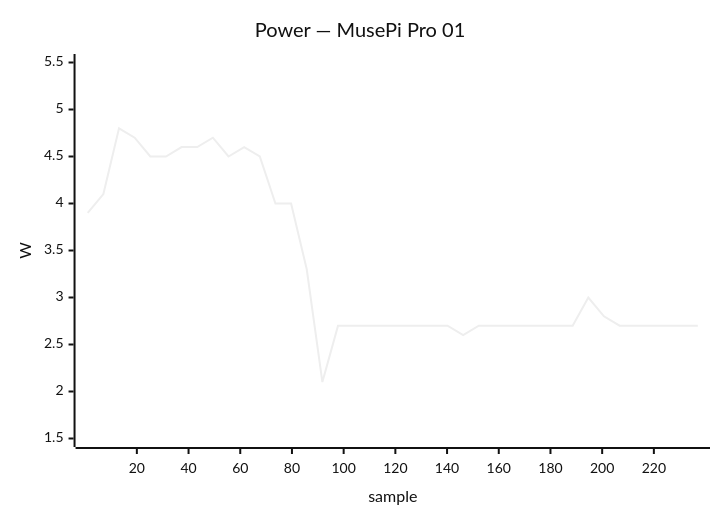
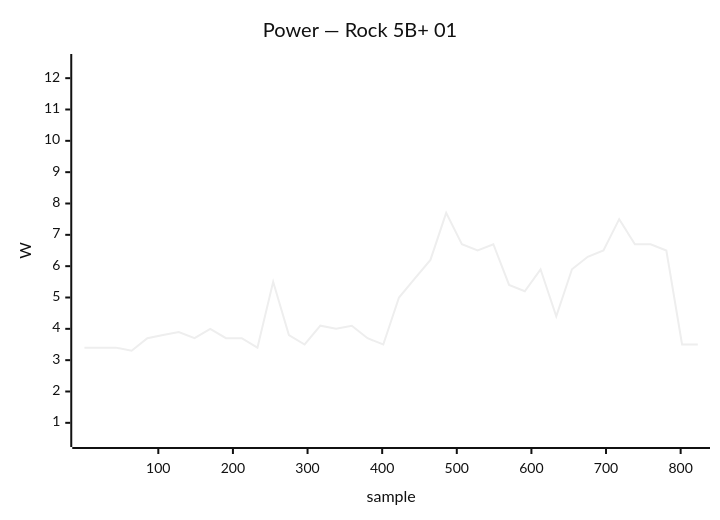
The sixth of 50 diagrams in docs/status/board-tests.md (armbian/documentation), drawn with Mermaid (neutral theme) before and after one commit. The commit also changed other lines of this file, not shown here.

````diff
--- a/docs/status/board-tests.md
+++ b/docs/status/board-tests.md
@@ -102,7 +322,7 @@
 ```mermaid
 xychart-beta
-    title "Power — MusePi Pro 01"
-    x-axis "sample" 1 --> 237
-    y-axis "W" 1.5 --> 5.5
-    line [3.9, 4.1, 4.8, 4.7, 4.5, 4.5, 4.6, 4.6, 4.7, 4.5, 4.6, 4.5, 4.0, 4.0, 3.3, 2.1, 2.7, 2.7, 2.7, 2.7, 2.7, 2.7, 2.7, 2.7, 2.6, 2.7, 2.7, 2.7, 2.7, 2.7, 2.7, 2.7, 3.0, 2.8, 2.7, 2.7, 2.7, 2.7, 2.7, 2.7]
+    title "Power — Rock 5B+ 01"
+    x-axis "sample" 1 --> 823
+    y-axis "W" 0.5 --> 12.5
+    line [3.4, 3.4, 3.4, 3.3, 3.7, 3.8, 3.9, 3.7, 4.0, 3.7, 3.7, 3.4, 5.5, 3.8, 3.5, 4.1, 4.0, 4.1, 3.7, 3.5, 5.0, 5.6, 6.2, 7.7, 6.7, 6.5, 6.7, 5.4, 5.2, 5.9, 4.4, 5.9, 6.3, 6.5, 7.5, 6.7, 6.7, 6.5, 3.5, 3.5]
 ```
````
